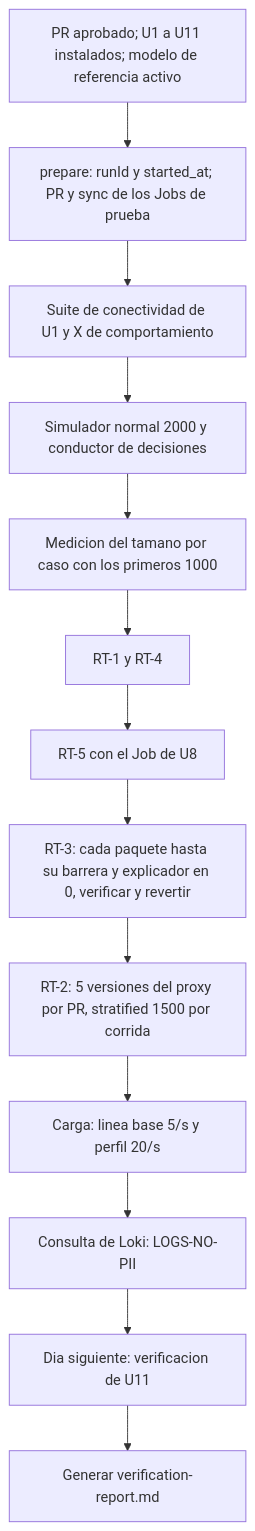
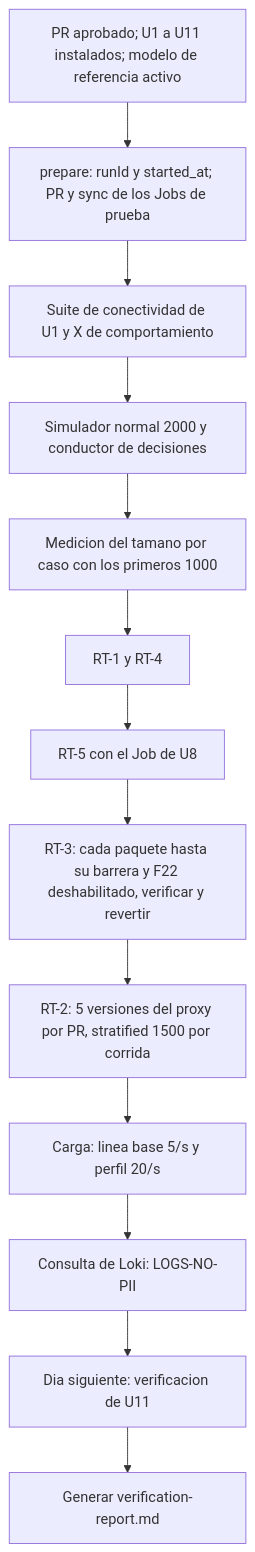
Before and after one commit to jjlloobb/topicos-especiales-credito-de-vivienda: the diagram in vectra-risk/aidlc-docs/construction/system-verification/functional-design/business-logic-model.md, drawn with Mermaid. The commit also changed other lines of this file and 38 other files, not shown here.

````diff
--- a/vectra-risk/aidlc-docs/construction/system-verification/functional-design/business-logic-model.md
+++ b/vectra-risk/aidlc-docs/construction/system-verification/functional-design/business-logic-model.md
@@ -22,18 +22,18 @@
 ```mermaid
 flowchart TD
     pre["PR aprobado; U1 a U11 instalados; modelo de referencia activo"]
     prep["prepare: runId y started_at; PR y sync de los Jobs de prueba"]
     net["Suite de conectividad de U1 y X de comportamiento"]
     dec["Simulador normal 2000 y conductor de decisiones"]
     size["Medicion del tamano por caso con los primeros 1000"]
     rt14["RT-1 y RT-4"]
     rt5["RT-5 con el Job de U8"]
-    rt3["RT-3: cada paquete hasta su barrera y explicador en 0, verificar y revertir"]
+    rt3["RT-3: cada paquete hasta su barrera y F22 deshabilitado, verificar y revertir"]
     rt2["RT-2: 5 versiones del proxy por PR, stratified 1500 por corrida"]
     load["Carga: linea base 5/s y perfil 20/s"]
     pii["Consulta de Loki: LOGS-NO-PII"]
     next["Dia siguiente: verificacion de U11"]
     rep["Generar verification-report.md"]
 
     pre --> prep --> net --> dec --> size --> rt14 --> rt5 --> rt3 --> rt2 --> load --> pii --> next --> rep
 ```
````
